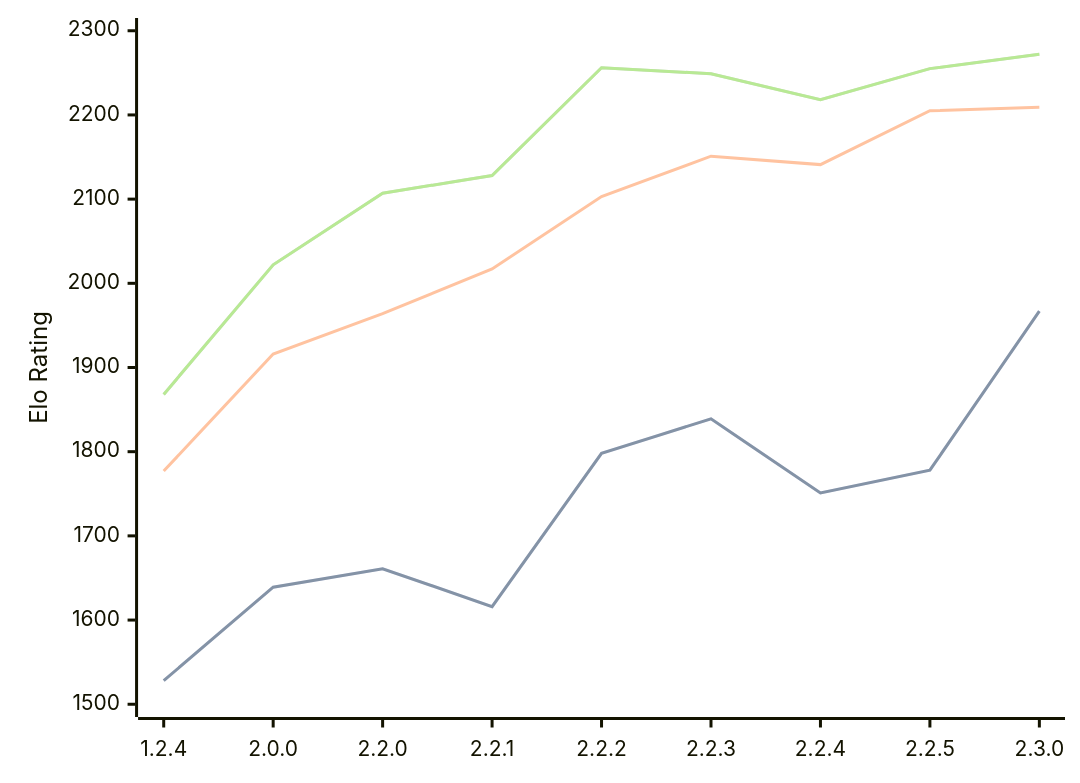
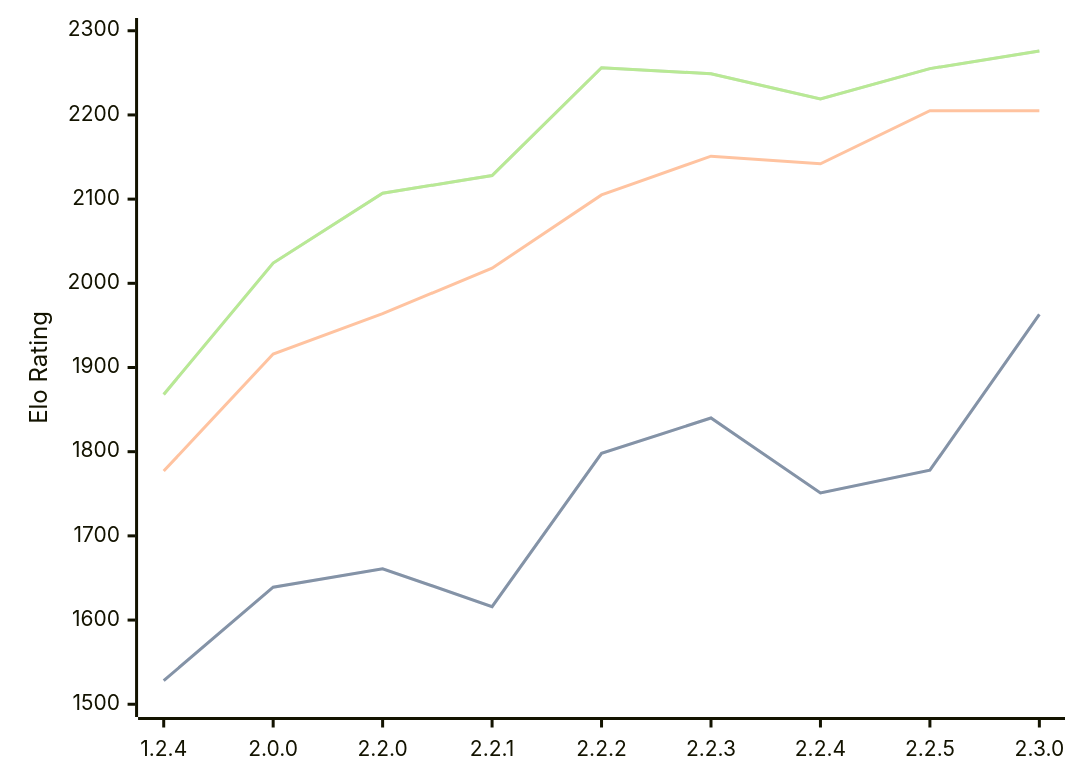
Before and after one commit to computer-chess-index/cci: the diagram in engines/Kreveta.md, drawn with Mermaid. The commit also changed other lines of this file, not shown here.

Commit message:
Update CCI Ratings (ELO VLTC) - 2026-04-22

````diff
--- a/engines/Kreveta.md
+++ b/engines/Kreveta.md
@@ -42,11 +42,11 @@
 ```mermaid
 %%{init: {"theme":"base","themeVariables":{"seriesColors:['#a3a3a3','#222221','#faa371']}}}%%
 xychart-beta
   x-axis ["1.2.4", "2.0.0", "2.2.0", "2.2.1", "2.2.2", "2.2.3", "2.2.4", "2.2.5", "2.3.0"]
   y-axis "Elo Rating" 1500 --> 2300
-  line "STC (8.0+0.08s)" [1528, 1639, 1661, 1616, 1798, 1839, 1751, 1778, 1967]
-  line "STC (8.0+0.08s)" [1528, 1639, 1661, 1616, 1798, 1839, 1751, 1778, 1967]
-  line "LTC (60.0+0.60s)" [1777, 1916, 1964, 2017, 2103, 2151, 2141, 2205, 2209]
-  line "VLTC (2m24s+1.12s)" [1868, 2022, 2107, 2128, 2256, 2249, 2218, 2255, 2272]
-  line "VLTC (2m24s+1.12s)" [1868, 2022, 2107, 2128, 2256, 2249, 2218, 2255, 2272]
+  line "STC (8.0+0.08s)" [1528, 1639, 1661, 1616, 1798, 1840, 1751, 1778, 1963]
+  line "STC (8.0+0.08s)" [1528, 1639, 1661, 1616, 1798, 1840, 1751, 1778, 1963]
+  line "LTC (60.0+0.60s)" [1777, 1916, 1964, 2018, 2105, 2151, 2142, 2205, 2205]
+  line "VLTC (2m24s+1.12s)" [1868, 2024, 2107, 2128, 2256, 2249, 2219, 2255, 2276]
+  line "VLTC (2m24s+1.12s)" [1868, 2024, 2107, 2128, 2256, 2249, 2219, 2255, 2276]
 ```
````
